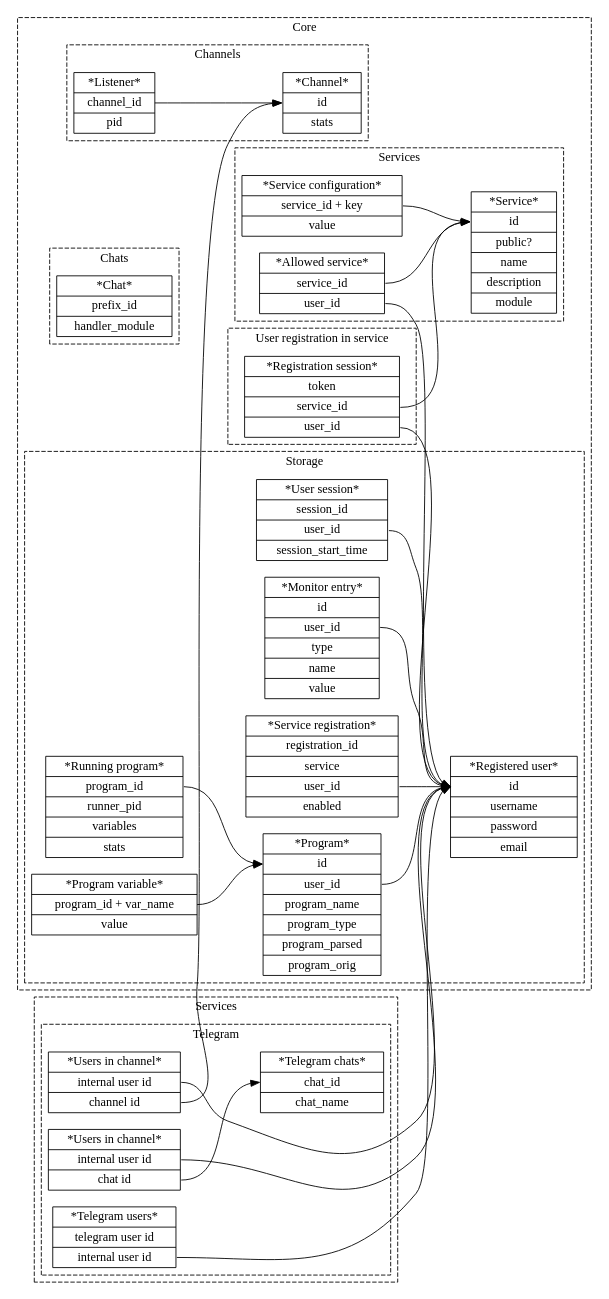
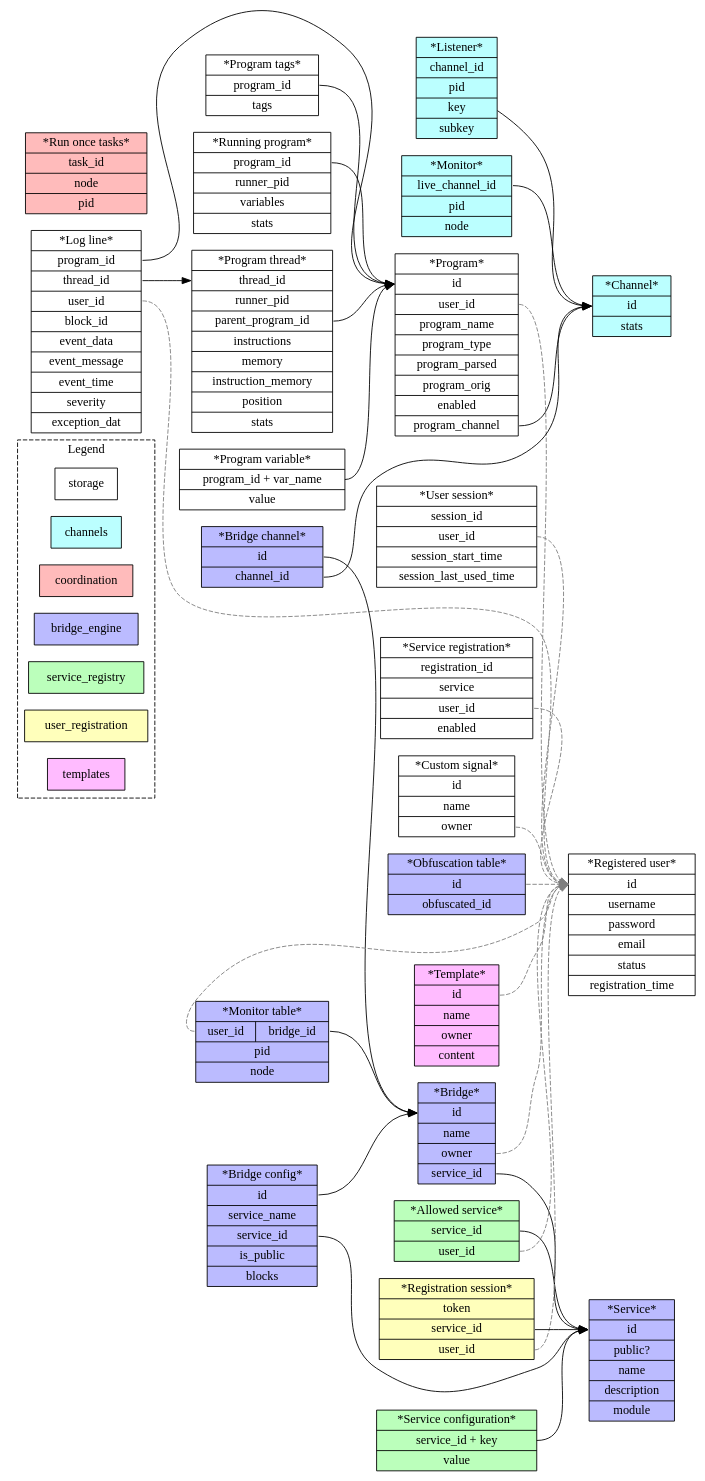
The diagram in docs/diagrams/db-model.gv (programaker-project/Programaker-Core), drawn with Graphviz before and after one commit. The commit also changed 1 other file, not shown here.

```diff
--- a/docs/diagrams/db-model.gv
+++ b/docs/diagrams/db-model.gv
@@ -1,110 +1,161 @@
 digraph g {
-    rankdir=LR
-    node[shape=record];
-        style=dashed;
+  rankdir=LR
+  node[shape=record];
+  style=dashed;
 
-    subgraph cluster_core {
-        label="Core";
+  subgraph cluster_legend {
+    label="Legend"
 
-        subgraph cluster_core_storage {
-            label="Storage";
+    storage;
+    channels[style=filled,fillcolor="#bbffff"];
+    coordination[style=filled,fillcolor="#ffbbbb"]
+    bridge_engine[style=filled,fillcolor="#bbbbff"];
+    service_registry[style=filled,fillcolor="#bbffbb"]
+    user_registration[style=filled,fillcolor="#ffffbb"]
+    templates[style=filled,fillcolor="#ffbbff"]
+  }
 
-            // REGISTERED_USERS_TABLE | automate_registered_users
-            registered_user_entry[label="*Registered user* | <pk> id | username | password | email"];
 
-            // USER_SESSIONS_TABLE | automate_user_sessions
-            user_session_entry[label="*User session* | <pk> session_id | <f0> user_id | session_start_time"];
+  subgraph group_core_channels {
+    label="Channels";
+    node[style=filled,fillcolor="#bbffff"];
 
-            user_session_entry:f0 -> registered_user_entry:pk;
 
-            // USER_MONITORS_TABLE | automate_user_monitors
-            monitor_entry[label="*Monitor entry* | <pk> id | <f0> user_id | type | name | value"];
+    // LIVE_CHANNELS_TABLE | automate_channel_engine_live_channels_table
+    live_channels_table_entry[label="*Channel* | <pk> id | stats"];
 
-            monitor_entry:f0 -> registered_user_entry:pk;
+    // LISTENERS_TABLE | automate_channel_engine_listeners_table
+    listeners_table_entry[label="*Listener*| <f0> channel_id | pid | key | subkey"];
+    listeners_table_entry -> live_channels_table_entry:pk;
 
-            // USER_PROGRAMS_TABLE | automate_user_programs
-            user_program_entry[label="*Program* | <pk> id | <f0> user_id | program_name | program_type | program_parsed | program_orig"];
-            user_program_entry:f0 -> registered_user_entry:pk;
+    // MONITORS_TABLE | automate_channel_engine_monitors_table
+    monitors_table_entry[label="*Monitor* | <f0> live_channel_id | pid | node"];
+    monitors_table_entry:f0 -> live_channels_table_entry:pk;
+  }
 
-            // RUNNING_PROGRAMS_TABLE | automate_running_programs
-            running_program_entry[label="*Running program*| <f0> program_id | runner_pid | variables | stats"];
-            running_program_entry:f0 -> user_program_entry:pk;
+  subgraph group_core_storage {
+    label="Storage";
 
-            // REGISTERED_SERVICES_TABLE | automate_registered_services
-            registered_service_entry[label="*Service registration* | <pk> registration_id | <f0> service |  <f1> user_id | enabled"];
-            registered_service_entry:f1 -> registered_user_entry:pk;
+    // REGISTERED_USERS_TABLE | automate_registered_users
+    registered_user_entry[label="*Registered user* | <pk> id | username | password | email | status | registration_time"];
 
-            // PROGRAM_VARIABLE_TABLE | automate_program_variable_table
-            program_variable_table_entry[label="*Program variable* | <f0> program_id + var_name | value"];
-            program_variable_table_entry:f0 -> user_program_entry:pk;  // Not sure if user program or running program
-        }
+    // USER_SESSIONS_TABLE | automate_user_sessions
+    user_session_entry[label="*User session* | <pk> session_id | <f0> user_id | session_start_time | session_last_used_time"];
+    user_session_entry:f0 -> registered_user_entry:pk[style=dashed,color="#7f7f7f"];
 
-        subgraph cluster_core_channels {
-            label="Channels";
+    // // USER_MONITORS_TABLE | automate_user_monitors
+    // monitor_entry[label="*Monitor entry* | <pk> id | <f0> user_id | type | name | value"];
 
-            // LIVE_CHANNELS_TABLE | automate_channel_engine_live_channels_table
-            live_channels_table_entry[label="*Channel* | <pk> id | stats"];
+    // monitor_entry:f0 -> registered_user_entry:pk[style=dashed,color="#7f7f7f"];
 
-            // LISTENERS_TABLE | automate_channel_engine_listeners_table
-            listeners_table_entry[label="*Listener*| <f0> channel_id | pid"];
-            listeners_table_entry -> live_channels_table_entry:pk;
-        }
+    // USER_PROGRAMS_TABLE | automate_user_programs
+    user_program_entry[label="*Program* | <pk> id | <f0> user_id | program_name | program_type | program_parsed | program_orig | enabled | <f1> program_channel"];
+    user_program_entry:f0 -> registered_user_entry:pk[style=dashed,color="#7f7f7f"];
+    user_program_entry:f1 -> live_channels_table_entry:pk;
 
-        subgraph cluster_core_chats {
-            label="Chats";
+    // USER_PROGRAMS_LOGS_TABLE | automate_user_program_logs
+    user_program_logs_entry[label="*Log line* | <f0> program_id | <f1> thread_id | <f2> user_id | block_id | event_data | event_message | event_time | severity | exception_dat"];
+    user_program_logs_entry:f0 -> user_program_entry:pk;
+    user_program_logs_entry:f2 -> registered_user_entry:pk[style=dashed,color="#7f7f7f"];
 
-            // CHAT_HANDLER_MODULE_TABLE | automate_chat_handler_module_table
-            chat_handler_module_entry[label="*Chat* | <pk> prefix_id | handler_module"];
-        }
+    // PROGRAM_TAGS_TABLE | automate_program_tags
+    program_tags_entry[label="*Program tags* | <f0> program_id | tags"];
+    program_tags_entry:f0 -> user_program_entry:pk;
 
-        subgraph cluster_core_services {
-            label="Services";
+    // RUNNING_PROGRAMS_TABLE | automate_running_programs
+    running_program_entry[label="*Running program*| <f0> program_id | runner_pid | variables | stats"];
+    running_program_entry:f0 -> user_program_entry:pk;
 
-            // SERVICE_REGISTRY_TABLE | automate_service_registry_services_table
-            services_table_entry[label="*Service* | <pk> id | public? | name | description | module"];
+    // RUNNING_THREADS_TABLE | automate_running_program_threads
+    running_program_thread_entry[label="*Program thread* | <pk> thread_id | runner_pid | <f0> parent_program_id | instructions | memory | instruction_memory | position | stats"];
+    user_program_logs_entry:f1 -> running_program_thread_entry:pk;
+    running_program_thread_entry:f0 -> user_program_entry:pk;
 
-            // USER_SERVICE_ALLOWANCE_TABLE | automate_service_registry_user_service_allowance_table
-            user_service_allowance_entry[label="*Allowed service*| <f0> service_id | <f1> user_id"];
-            user_service_allowance_entry:f0 -> services_table_entry:pk;
-            user_service_allowance_entry:f1 -> registered_user_entry:pk;
+    // REGISTERED_SERVICES_TABLE | automate_registered_services
+    registered_service_entry[label="*Service registration* | <pk> registration_id | <f0> service |  <f1> user_id | enabled"];
+    registered_service_entry:f1 -> registered_user_entry:pk[style=dashed,color="#7f7f7f"];
 
-            // SERVICE_CONFIGURATION_TABLE | automate_service_registry_service_configuration_table
-            service_configuration_entry[label="*Service configuration* | <pk> service_id + key | value "];
-            service_configuration_entry:pk -> services_table_entry:pk;
-        }
+    // PROGRAM_VARIABLE_TABLE | automate_program_variable_table
+    program_variable_table_entry[label="*Program variable* | <f0> program_id + var_name | value"];
+    program_variable_table_entry:f0 -> user_program_entry:pk;  // Not sure if user program or running program
 
-        subgraph cluster_core_user_service_registration {
-            label="User registration in service";
+    // CUSTOM_SIGNALS_TABLE | automate_custom_signals_table
+    custom_signal_entry[label="*Custom signal* | <pk> id | name | <f0> owner"];
+    custom_signal_entry:f0 -> registered_user_entry:pk[style=dashed,color="#7f7f7f"];
+  }
 
-            // SERVICE_REGISTRATION_TOKEN_TABLE | automate_service_registration_token_table
-            service_registration_token[label="*Registration session* | <pk> token | <f0> service_id | <f1> user_id"];
-            service_registration_token:f0 -> services_table_entry:pk;
-            service_registration_token:f1 -> registered_user_entry:pk;
-        }
-    }
+  subgraph group_coordination {
+    label="Coordination";
+    node[style=filled,fillcolor="#ffbbbb"];
 
-    subgraph cluster_services {
-        label="Services";
+    // RUN_ONCE_TASKS_TABLE | automate_coordination_run_once_tasks
+    run_once_tasks_table_entry[label="*Run once tasks* | <pk> task_id | node | pid"]
+  }
 
-        subgraph cluster_services_telegram {
-            label="Telegram";
+  subgraph group_bridges {
+    label="Bridge engine";
 
-            // TELEGRAM_SERVICE_REGISTRATION_TABLE | automate_telegram_service_registration_table
-            telegram_service_registration_entry[label="*Telegram users* | <pk> telegram user id | <f0> internal user id"];
-            telegram_service_registration_entry:f0 -> registered_user_entry:pk;
-           
-            // TELEGRAM_SERVICE_CHATS_KNOWN_TABLE | automate_telegram_service_chats_known_table
-            telegram_service_known_chat_entry[label="*Telegram chats*| <pk> chat_id | chat_name"];
+    node[style=filled,fillcolor="#bbbbff"]
 
-            // TELEGRAM_SERVICE_USER_CHANNEL_TABLE | automate_telegram_service_user_channel_table
-            telegram_service_user_channel_entry[label="*Users in channel*| <f0> internal user id| <f1> channel id"];
-            telegram_service_user_channel_entry:f0 -> registered_user_entry:pk;
-            telegram_service_user_channel_entry:f1 -> live_channels_table_entry:pk;
+    // SERVICE_PORT_TABLE | automate_service_port_table
+    service_port_entry[label="*Bridge* | <pk> id | name | <f0> owner | <f1> service_id"]
+    service_port_entry:f0 -> registered_user_entry:pk[style=dashed,color="#7f7f7f"];
+    service_port_entry:f1 -> services_table_entry:pk;
 
-            // TELEGRAM_SERVICE_CHATS_MEMBERS_TABLE | automate_telegram_service_chats_members_table
-            telegram_service_chat_member_entry[label="*Users in channel*| <f0> internal user id| <f1> chat id"];
-            telegram_service_chat_member_entry:f0 -> registered_user_entry:pk;
-            telegram_service_chat_member_entry:f1 -> telegram_service_known_chat_entry:pk;
-       }
-   }
+    // SERVICE_PORT_CONFIGURATION_TABLE | automate_service_port_configuration_table
+    service_port_configuration[label="*Bridge config* | <pk> id | service_name | <f0> service_id | is_public | blocks"]
+    service_port_configuration:pk -> service_port_entry:pk;
+    service_port_configuration:f0 -> services_table_entry:pk
+
+
+    // SERVICE_PORT_USERID_OBFUSCATION_TABLE | automate_service_port_userid_obfuscation_table
+    service_port_user_obfusction_entry[label="*Obfuscation table* | <pk> id | <f0> obfuscated_id"]
+    service_port_user_obfusction_entry:pk -> registered_user_entry:pk[style=dashed,color="#7f7f7f"];
+
+    // SERVICE_PORT_CHANNEL_TABLE | automate_service_port_channel_table
+    service_port_monitor_channel_entry[label="*Bridge channel* | <pk> id | <f0> channel_id"]
+    service_port_monitor_channel_entry:pk -> service_port_entry:pk;
+    service_port_monitor_channel_entry:f0 -> live_channels_table_entry:pk;
+
+    // SERVICE_PORT_CHANNEL_MONITORS_TABLE | automate_service_port_channel_monitors_table
+    channel_monitor_table_entry[label="*Monitor table* | {<f0> user_id|<f1> bridge_id} | pid | node"]
+    channel_monitor_table_entry:f0 -> registered_user_entry:pk[style=dashed,color="#7f7f7f"];
+    channel_monitor_table_entry:f1 -> service_port_entry:pk
+  }
+
+  subgraph group_core_services {
+    label="Service registry";
+    node[style=filled,fillcolor="#bbffbb"]
+
+    // SERVICE_REGISTRY_TABLE | automate_service_registry_services_table
+    services_table_entry[label="*Service* | <pk> id | public? | name | description | module"];
+
+    // USER_SERVICE_ALLOWANCE_TABLE | automate_service_registry_user_service_allowance_table
+    user_service_allowance_entry[label="*Allowed service*| <f0> service_id | <f1> user_id"];
+    user_service_allowance_entry:f0 -> services_table_entry:pk;
+    user_service_allowance_entry:f1 -> registered_user_entry:pk[style=dashed,color="#7f7f7f"];
+
+    // SERVICE_CONFIGURATION_TABLE | automate_service_registry_service_configuration_table
+    service_configuration_entry[label="*Service configuration* | <pk> service_id + key | value "];
+    service_configuration_entry:pk -> services_table_entry:pk;
+  }
+
+  subgraph group_core_user_service_registration {
+    label="User registration in service";
+    node[style=filled,fillcolor="#ffffbb"]
+
+    // SERVICE_REGISTRATION_TOKEN_TABLE | automate_service_registration_token_table
+    service_registration_token[label="*Registration session* | <pk> token | <f0> service_id | <f1> user_id"];
+    service_registration_token:f0 -> services_table_entry:pk;
+    service_registration_token:f1 -> registered_user_entry:pk[style=dashed,color="#7f7f7f"];
+  }
+
+  subgraph group_core_template_engine {
+    label="Template engine"
+    node[style=filled,fillcolor="#ffbbff"]
+
+    // TEMPLATE_TABLE | automate_template_engine_templates_table
+    template_entry[label="*Template* | <pk> id | name | <f0> owner | content"]
+    template_entry:pk -> registered_user_entry:pk[style=dashed,color="#7f7f7f"];
+  }
 }
```
